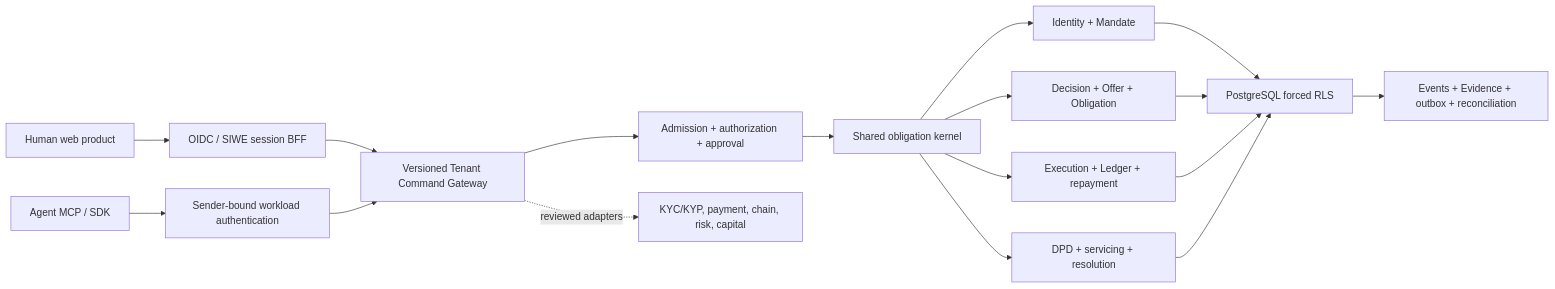
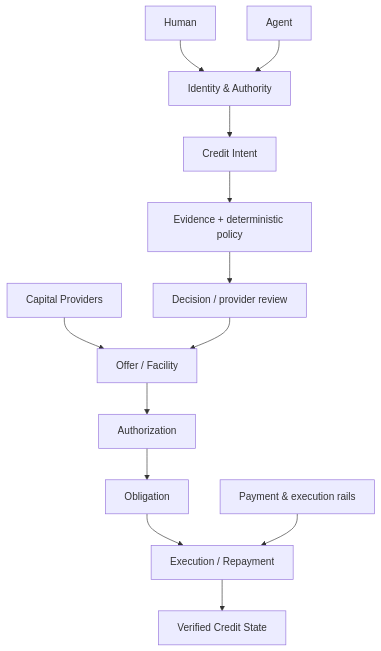
Before and after one commit to CPTM511/IPO.ONE: the diagram in README.md, drawn with Mermaid. The commit also changed other lines of this file and 1 other file, not shown here.

````diff
--- a/README.md
+++ b/README.md
@@ -100,19 +43,15 @@
 ```mermaid
-flowchart LR
-  Human["Human web product"] --> Access["OIDC / SIWE session BFF"]
-  Agent["Agent MCP / SDK"] --> Workload["Sender-bound workload authentication"]
-  Access --> Gateway["Versioned Tenant Command Gateway"]
-  Workload --> Gateway
-  Gateway --> Admission["Admission + authorization + approval"]
-  Admission --> Kernel["Shared obligation kernel"]
-  Kernel --> Identity["Identity + Mandate"]
-  Kernel --> Credit["Decision + Offer + Obligation"]
-  Kernel --> Money["Execution + Ledger + repayment"]
-  Kernel --> Service["DPD + servicing + resolution"]
-  Identity --> Data["PostgreSQL forced RLS"]
-  Credit --> Data
-  Money --> Data
-  Service --> Data
-  Data --> Evidence["Events + Evidence + outbox + reconciliation"]
-  Gateway -. reviewed adapters .-> Providers["KYC/KYP, payment, chain, risk, capital"]
+flowchart TD
+  Human["Human"] --> Authority["Identity & Authority"]
+  Agent["Agent"] --> Authority
+  Authority --> Intent["Credit Intent"]
+  Intent --> Review["Evidence + deterministic policy"]
+  Review --> Decision["Decision / provider review"]
+  Capital["Capital Providers"] --> Offer["Offer / Facility"]
+  Decision --> Offer
+  Offer --> Authorization["Authorization"]
+  Authorization --> Obligation["Obligation"]
+  Obligation --> Execution["Execution / Repayment"]
+  Rails["Payment & execution rails"] --> Execution
+  Execution --> State["Verified Credit State"]
 ```
````
